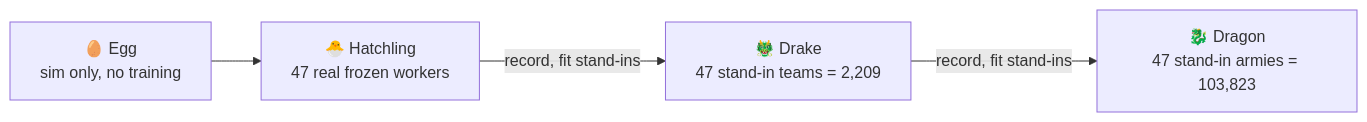
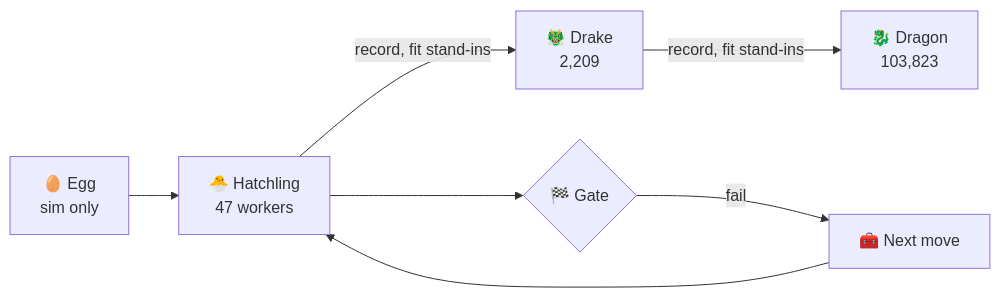
Before and after one commit to SoulCraft-Org/aurelius: the diagram in docs/training.md, drawn with Mermaid. The commit also changed other lines of this file, not shown here.

Commit message:
docs: training plan 2, nine moves, free lanes, TRL first (step 21b, 1 of 2)

````diff
--- a/docs/training.md
+++ b/docs/training.md
@@ -11,6 +11,8 @@
 ```mermaid
 flowchart LR
-  E["🥚 Egg<br/>sim only, no training"] --> H["🐣 Hatchling<br/>47 real frozen workers"]
-  H -- "record, fit stand-ins" --> D["🐲 Drake<br/>47 stand-in teams = 2,209"]
-  D -- "record, fit stand-ins" --> R["🐉 Dragon<br/>47 stand-in armies = 103,823"]
+  E["🥚 Egg<br/>sim only"] --> H["🐣 Hatchling<br/>47 workers"]
+  H -- "record, fit stand-ins" --> D["🐲 Drake<br/>2,209"]
+  D -- "record, fit stand-ins" --> R["🐉 Dragon<br/>103,823"]
+  H --> G{"🏁 Gate"}
+  G -- fail --> M["🧰 Next move"] --> H
 ```
````
